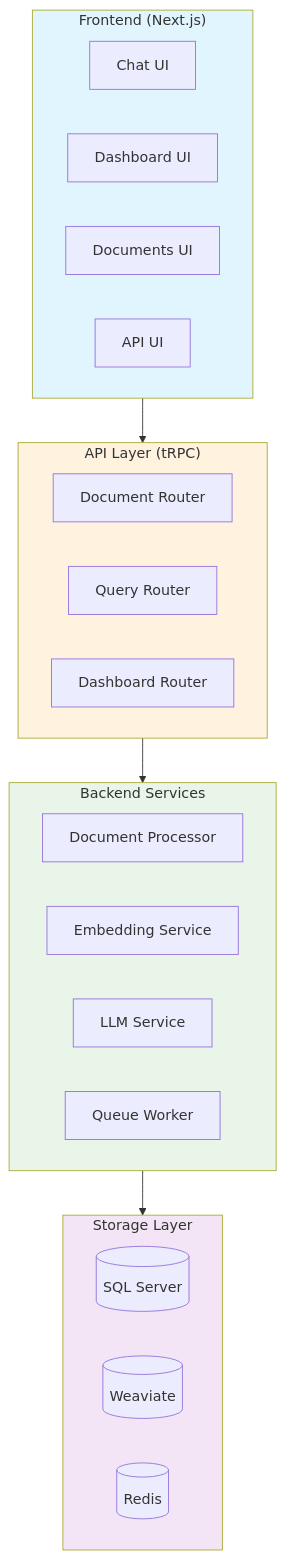
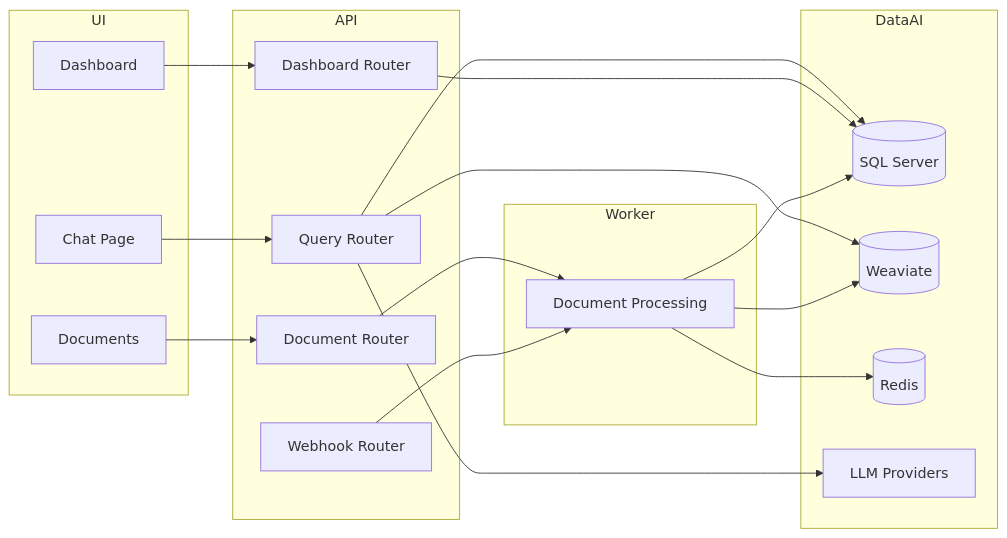
Before and after one commit to kk666679/mat-jenin-vector-database: the third of 5 diagrams in README.md, drawn with Mermaid. The commit also changed other lines of this file and 89 other files, not shown here.

````diff
--- a/README.md
+++ b/README.md
@@ -61,37 +141,43 @@
 ```mermaid
-graph TB
-    subgraph Frontend ["Frontend (Next.js)"]
-        A[Chat UI]
-        B[Dashboard UI]
-        C[Documents UI]
-        D[API UI]
-    end
+graph LR
 
-    subgraph API ["API Layer (tRPC)"]
-        E[Document Router]
-        F[Query Router]
-        G[Dashboard Router]
-    end
+subgraph UI
+    Chat["Chat Page"]
+    Dashboard["Dashboard"]
+    Docs["Documents"]
+end
 
-    subgraph Services ["Backend Services"]
-        H[Document Processor]
-        I[Embedding Service]
-        J[LLM Service]
-        K[Queue Worker]
-    end
+subgraph API
+    DocRoutes["Document Router"]
+    QueryRoutes["Query Router"]
+    DashboardRoutes["Dashboard Router"]
+    WebhookRoutes["Webhook Router"]
+end
 
-    subgraph Storage ["Storage Layer"]
-        L[(SQL Server)]
-        M[(Weaviate)]
-        N[(Redis)]
-    end
+subgraph Worker
+    DocumentJobs["Document Processing"]
+end
 
-    Frontend --> API
-    API --> Services
-    Services --> Storage
+subgraph DataAI
+    SQL[("SQL Server")]
+    Vector[("Weaviate")]
+    Redis[("Redis")]
+    LLM["LLM Providers"]
+end
 
-    style Frontend fill:#e1f5fe
-    style API fill:#fff3e0
-    style Services fill:#e8f5e8
-    style Storage fill:#f3e5f5
+Chat --> QueryRoutes
+Dashboard --> DashboardRoutes
+Docs --> DocRoutes
+
+DocRoutes --> DocumentJobs
+QueryRoutes --> SQL
+QueryRoutes --> Vector
+QueryRoutes --> LLM
+
+DashboardRoutes --> SQL
+WebhookRoutes --> DocumentJobs
+
+DocumentJobs --> SQL
+DocumentJobs --> Vector
+DocumentJobs --> Redis
 ```
````
